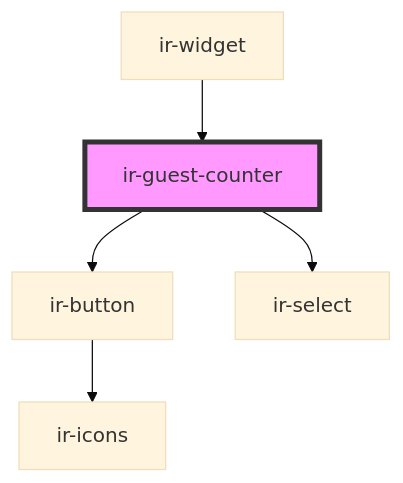
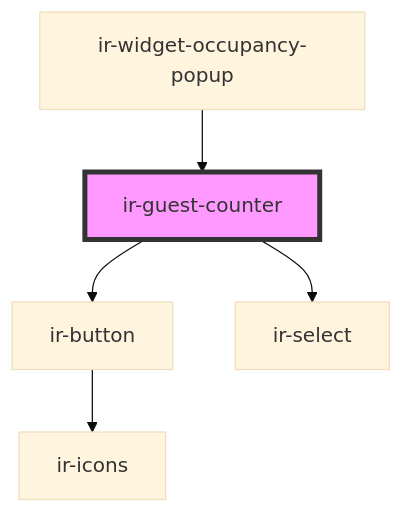
One commit to RonyRizk/ir-be changed the diagram in src/components/ir-guest-counter/readme.md. Above: the diagram before and after it, drawn with Mermaid (base theme). The commit also changed other lines of this file and 42 other files, not shown here.

````diff
--- a/src/components/ir-guest-counter/readme.md
+++ b/src/components/ir-guest-counter/readme.md
@@ -42,8 +42,8 @@
 ```mermaid
 graph TD;
   ir-guest-counter --> ir-button
   ir-guest-counter --> ir-select
   ir-button --> ir-icons
-  ir-widget --> ir-guest-counter
+  ir-widget-occupancy-popup --> ir-guest-counter
   style ir-guest-counter fill:#f9f,stroke:#333,stroke-width:4px
 ```
````
